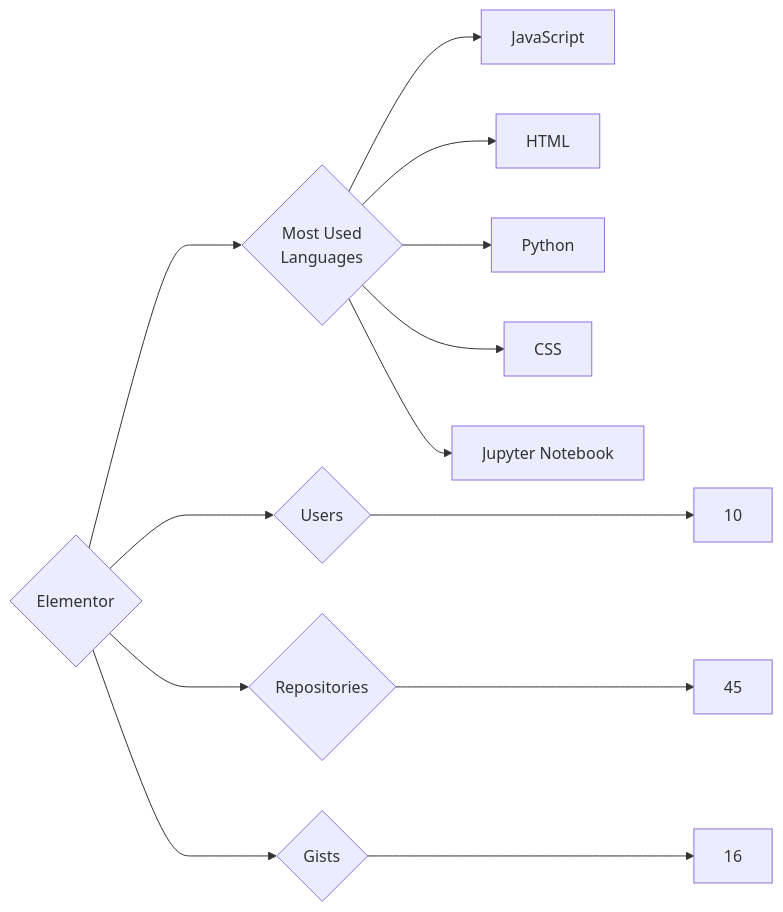
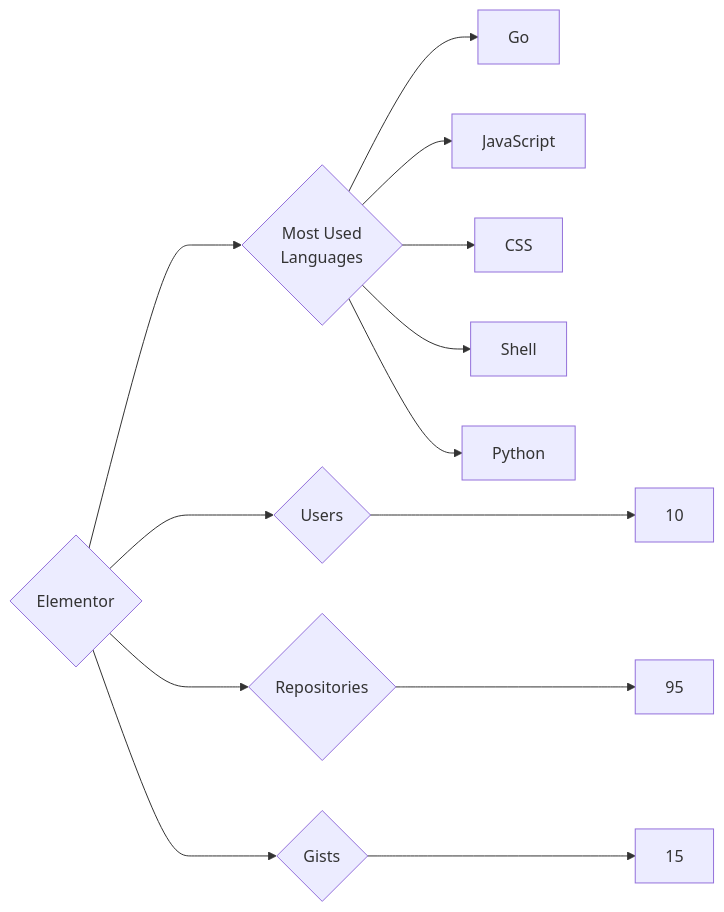
One commit to trickest/insiders changed the diagram in targets/Elementor/README.md. Above: the diagram before and after it, drawn with Mermaid. The commit also changed 1092 other files, not shown here.

````diff
--- a/targets/Elementor/README.md
+++ b/targets/Elementor/README.md
@@ -3,13 +3,13 @@
 ```mermaid
 graph LR
 COMPANY_NAME{Elementor}
 COMPANY_NAME ---> U{Users} ---> UN[10]
-COMPANY_NAME ---> R{Repositories} ---> RN[45]
-COMPANY_NAME ---> G{Gists} ---> GN[16]
+COMPANY_NAME ---> R{Repositories} ---> RN[95]
+COMPANY_NAME ---> G{Gists} ---> GN[15]
 COMPANY_NAME ---> ML{Most Used<br>Languages}
+ML --> Go[Go]
 ML --> JavaScript[JavaScript]
-ML --> HTML[HTML]
+ML --> CSS[CSS]
+ML --> Shell[Shell]
 ML --> Python[Python]
-ML --> CSS[CSS]
-ML --> Jupyter_Notebook[Jupyter Notebook]
 ```
````
